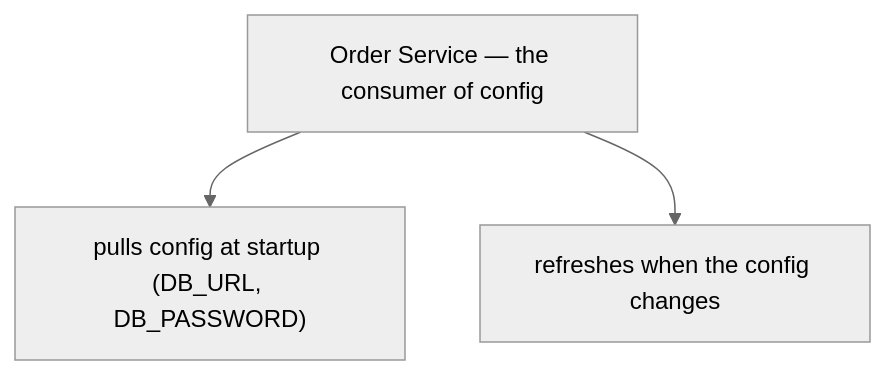
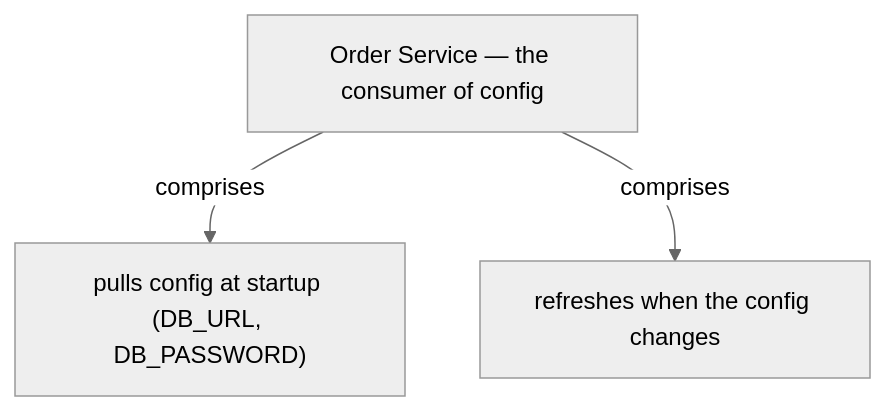
The fourth of 12 diagrams in docs/ch29-externalized-configuration.md (vinayakuber/microservices-io-study-guide), drawn with Mermaid (neutral theme) before and after one commit. The commit also changed other lines of this file and 71 other files, not shown here.

First line of the commit message:
R18: label every diagram arrow with its meaning

````diff
--- a/docs/ch29-externalized-configuration.md
+++ b/docs/ch29-externalized-configuration.md
@@ -163,6 +163,6 @@
 ```mermaid
 flowchart TD
   R["Order Service — the consumer of config"]
-  R --> P0["pulls config at startup (DB_URL, DB_PASSWORD)"]
-  R --> P1["refreshes when the config changes"]
+  R -->|"comprises"| P0["pulls config at startup (DB_URL, DB_PASSWORD)"]
+  R -->|"comprises"| P1["refreshes when the config changes"]
 ```
````
